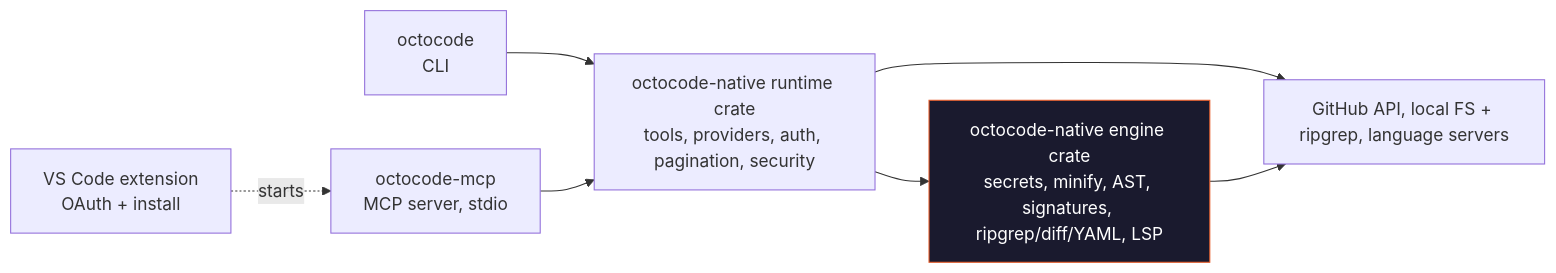
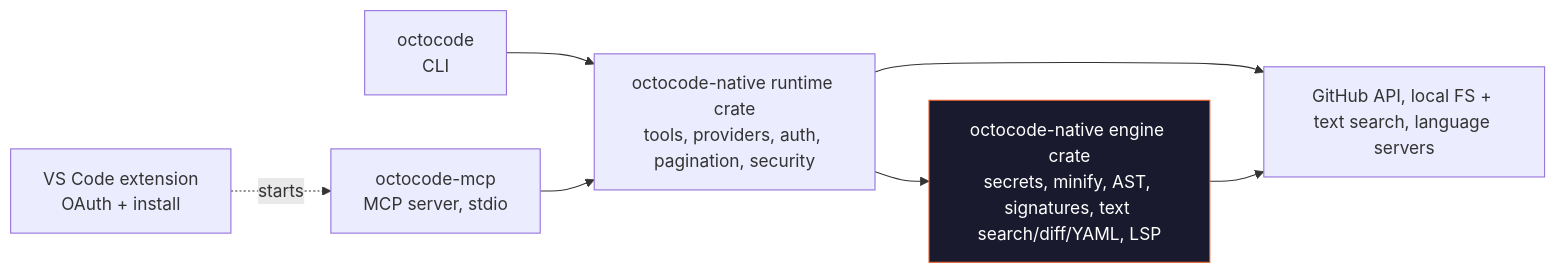
The diagram in README.md (bgauryy/octocode), drawn with Mermaid before and after one commit. The commit also changed other lines of this file and 527 other files, not shown here.

````diff
--- a/README.md
+++ b/README.md
@@ -460,18 +459,18 @@
 ```mermaid
 graph LR
     CLI["octocode<br/>CLI"]
     MCP["octocode-mcp<br/>MCP server, stdio"]
     VSC["VS Code extension<br/>OAuth + install"]
     CORE["octocode-native runtime crate<br/>tools, providers, auth, pagination, security"]
-    ENGINE["octocode-native engine crate<br/>secrets, minify, AST, signatures, ripgrep/diff/YAML, LSP"]
-    EXT["GitHub API, local FS + ripgrep, language servers"]
+    ENGINE["octocode-native engine crate<br/>secrets, minify, AST, signatures, text search/diff/YAML, LSP"]
+    EXT["GitHub API, local FS + text search, language servers"]
 
     CLI --> CORE
     MCP --> CORE
     VSC -. starts .-> MCP
     CORE --> ENGINE
     CORE --> EXT
     ENGINE --> EXT
 
     style ENGINE fill:#1a1a2e,stroke:#e75d2a,color:#fff
 ```
````
